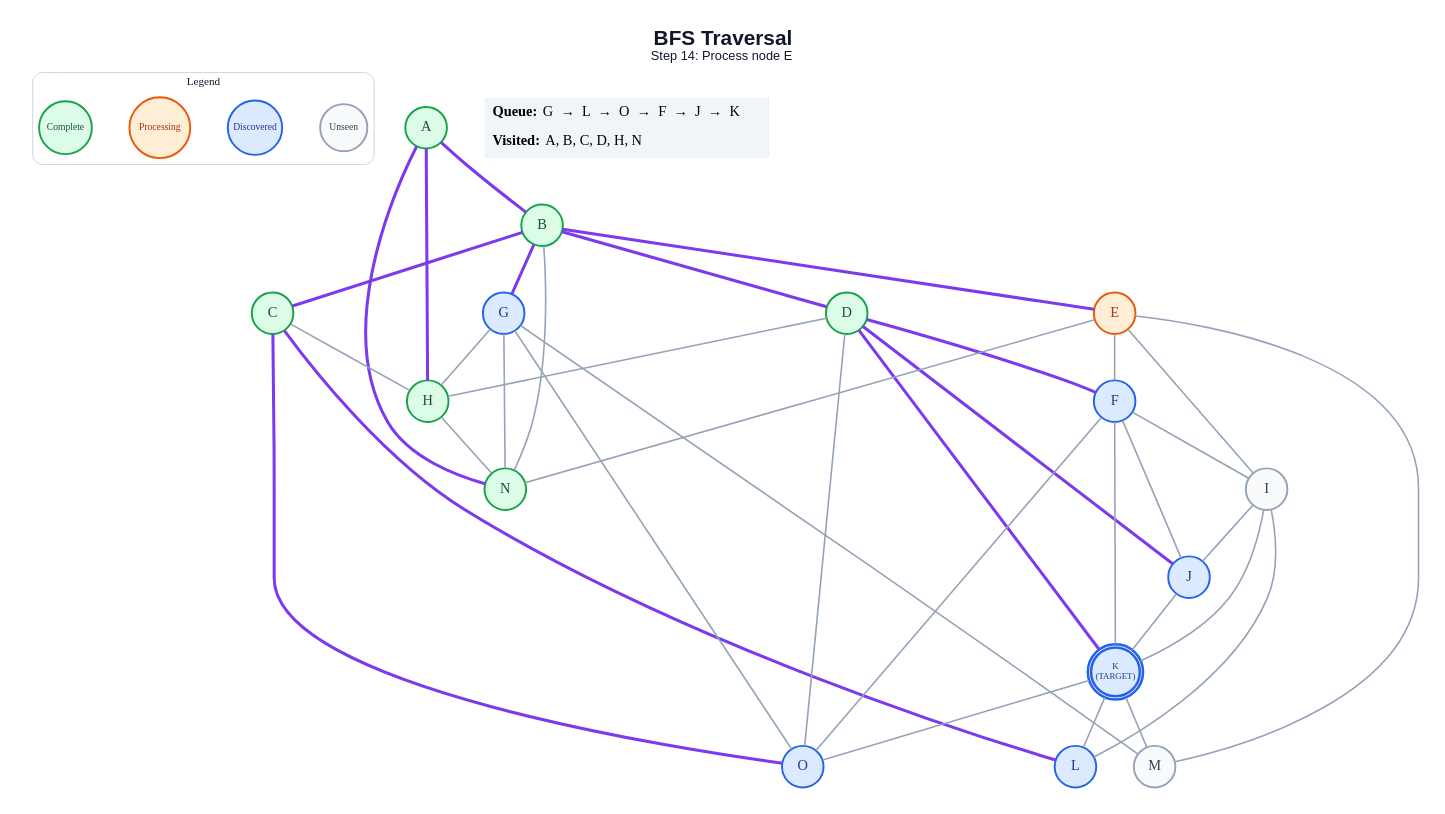
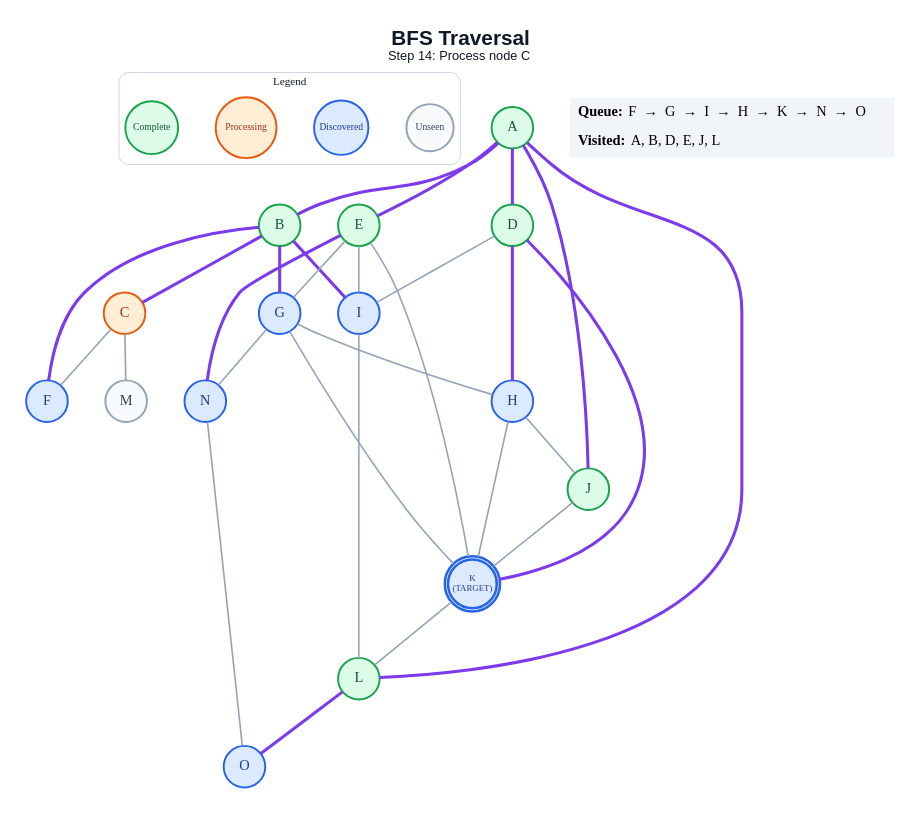
The diagram in generated/specific-node/bfs/step_14.dot (anon7238593-create/ai-slop), drawn with Graphviz before and after one commit. The commit also changed 253 other files, not shown here.

```diff
--- a/generated/specific-node/bfs/step_14.dot
+++ b/generated/specific-node/bfs/step_14.dot
@@ -1,70 +1,62 @@
 graph traversal {
   graph [layout=dot, rankdir=TB, bgcolor="#FFFFFF", pad="0.35", nodesep="0.65", ranksep="0.8", fontname="Arial"];
   node [shape=circle, style="filled", fontname="Arial Bold", fontsize=18, width=0.72, fixedsize=true, penwidth=2.4];
   edge [color="#94A3B8", penwidth=2.0];
-  label=<<B>BFS Traversal</B><BR/><FONT POINT-SIZE="16">Step 14: Process node E</FONT>>; labelloc="t"; fontsize=26; fontname="Arial"; fontcolor="#0F172A";
+  label=<<B>BFS Traversal</B><BR/><FONT POINT-SIZE="16">Step 14: Process node C</FONT>>; labelloc="t"; fontsize=26; fontname="Arial"; fontcolor="#0F172A";
   subgraph cluster_legend { label="Legend"; color="#CBD5E1"; penwidth=1.2; style="rounded"; fontsize=14; fontname="Arial Bold";
     key_unseen [label="Unseen", fillcolor="#F8FAFC", color="#94A3B8", fontcolor="#334155", fontsize=12, width=0.82];
     key_frontier [label="Discovered", fillcolor="#DBEAFE", color="#2563EB", fontcolor="#1E3A8A", fontsize=12, width=0.95];
     key_current [label="Processing", fillcolor="#FFEDD5", color="#EA580C", fontcolor="#9A3412", fontsize=12, width=1.05];
     key_done [label="Complete", fillcolor="#DCFCE7", color="#16A34A", fontcolor="#14532D", fontsize=12, width=0.92];
     { rank=same; key_unseen; key_frontier; key_current; key_done; }
   }
   A [label="A", fillcolor="#DCFCE7", color="#16A34A", fontcolor="#14532D", peripheries=1, penwidth=2.4];
   B [label="B", fillcolor="#DCFCE7", color="#16A34A", fontcolor="#14532D", peripheries=1, penwidth=2.4];
-  C [label="C", fillcolor="#DCFCE7", color="#16A34A", fontcolor="#14532D", peripheries=1, penwidth=2.4];
+  C [label="C", fillcolor="#FFEDD5", color="#EA580C", fontcolor="#9A3412", peripheries=1, penwidth=2.4];
   D [label="D", fillcolor="#DCFCE7", color="#16A34A", fontcolor="#14532D", peripheries=1, penwidth=2.4];
-  E [label="E", fillcolor="#FFEDD5", color="#EA580C", fontcolor="#9A3412", peripheries=1, penwidth=2.4];
+  E [label="E", fillcolor="#DCFCE7", color="#16A34A", fontcolor="#14532D", peripheries=1, penwidth=2.4];
   F [label="F", fillcolor="#DBEAFE", color="#2563EB", fontcolor="#1E3A8A", peripheries=1, penwidth=2.4];
   G [label="G", fillcolor="#DBEAFE", color="#2563EB", fontcolor="#1E3A8A", peripheries=1, penwidth=2.4];
-  H [label="H", fillcolor="#DCFCE7", color="#16A34A", fontcolor="#14532D", peripheries=1, penwidth=2.4];
-  I [label="I", fillcolor="#F8FAFC", color="#94A3B8", fontcolor="#334155", peripheries=1, penwidth=2.4];
-  J [label="J", fillcolor="#DBEAFE", color="#2563EB", fontcolor="#1E3A8A", peripheries=1, penwidth=2.4];
+  H [label="H", fillcolor="#DBEAFE", color="#2563EB", fontcolor="#1E3A8A", peripheries=1, penwidth=2.4];
+  I [label="I", fillcolor="#DBEAFE", color="#2563EB", fontcolor="#1E3A8A", peripheries=1, penwidth=2.4];
+  J [label="J", fillcolor="#DCFCE7", color="#16A34A", fontcolor="#14532D", peripheries=1, penwidth=2.4];
   K [label="K\n(TARGET)", fillcolor="#DBEAFE", color="#2563EB", fontcolor="#1E3A8A", peripheries=2, penwidth=3.2, fontsize=11, width=0.85, height=0.85];
-  L [label="L", fillcolor="#DBEAFE", color="#2563EB", fontcolor="#1E3A8A", peripheries=1, penwidth=2.4];
+  L [label="L", fillcolor="#DCFCE7", color="#16A34A", fontcolor="#14532D", peripheries=1, penwidth=2.4];
   M [label="M", fillcolor="#F8FAFC", color="#94A3B8", fontcolor="#334155", peripheries=1, penwidth=2.4];
-  N [label="N", fillcolor="#DCFCE7", color="#16A34A", fontcolor="#14532D", peripheries=1, penwidth=2.4];
+  N [label="N", fillcolor="#DBEAFE", color="#2563EB", fontcolor="#1E3A8A", peripheries=1, penwidth=2.4];
   O [label="O", fillcolor="#DBEAFE", color="#2563EB", fontcolor="#1E3A8A", peripheries=1, penwidth=2.4];
   A -- B [color="#7C3AED", penwidth=3.8];
-  A -- H [color="#7C3AED", penwidth=3.8];
-  A -- N [color="#7C3AED", penwidth=3.8];
+  A -- D [color="#7C3AED", penwidth=3.8];
+  A -- E [color="#7C3AED", penwidth=3.8];
+  A -- J [color="#7C3AED", penwidth=3.8];
+  A -- L [color="#7C3AED", penwidth=3.8];
   B -- C [color="#7C3AED", penwidth=3.8];
-  B -- D [color="#7C3AED", penwidth=3.8];
-  B -- E [color="#7C3AED", penwidth=3.8];
+  B -- F [color="#7C3AED", penwidth=3.8];
   B -- G [color="#7C3AED", penwidth=3.8];
-  B -- N;
-  C -- H;
-  C -- L [color="#7C3AED", penwidth=3.8];
-  C -- O [color="#7C3AED", penwidth=3.8];
-  D -- F [color="#7C3AED", penwidth=3.8];
-  D -- H;
-  D -- J [color="#7C3AED", penwidth=3.8];
+  B -- I [color="#7C3AED", penwidth=3.8];
+  C -- F;
+  C -- M;
+  D -- H [color="#7C3AED", penwidth=3.8];
+  D -- I;
   D -- K [color="#7C3AED", penwidth=3.8];
-  D -- O;
-  E -- F;
+  E -- G;
   E -- I;
-  E -- M;
-  E -- N;
-  F -- I;
-  F -- J;
-  F -- K;
-  F -- O;
+  E -- K;
+  E -- N [color="#7C3AED", penwidth=3.8];
   G -- H;
-  G -- M;
+  G -- K;
   G -- N;
-  G -- O;
-  H -- N;
-  I -- J;
-  I -- K;
+  H -- J;
+  H -- K;
   I -- L;
   J -- K;
   K -- L;
-  K -- M;
-  K -- O;
+  L -- O [color="#7C3AED", penwidth=3.8];
+  N -- O;
   status [shape=plain, fixedsize=false, width=0, height=0, margin=0, label=<
     <TABLE BORDER="0" CELLBORDER="0" CELLPADDING="7" BGCOLOR="#F1F5F9">
-      <TR><TD ALIGN="LEFT"><B>Queue:</B> G  →  L  →  O  →  F  →  J  →  K</TD></TR>
-      <TR><TD ALIGN="LEFT"><B>Visited:</B> A, B, C, D, H, N</TD></TR>
+      <TR><TD ALIGN="LEFT"><B>Queue:</B> F  →  G  →  I  →  H  →  K  →  N  →  O</TD></TR>
+      <TR><TD ALIGN="LEFT"><B>Visited:</B> A, B, D, E, J, L</TD></TR>
     </TABLE>
   >];
 }
```
